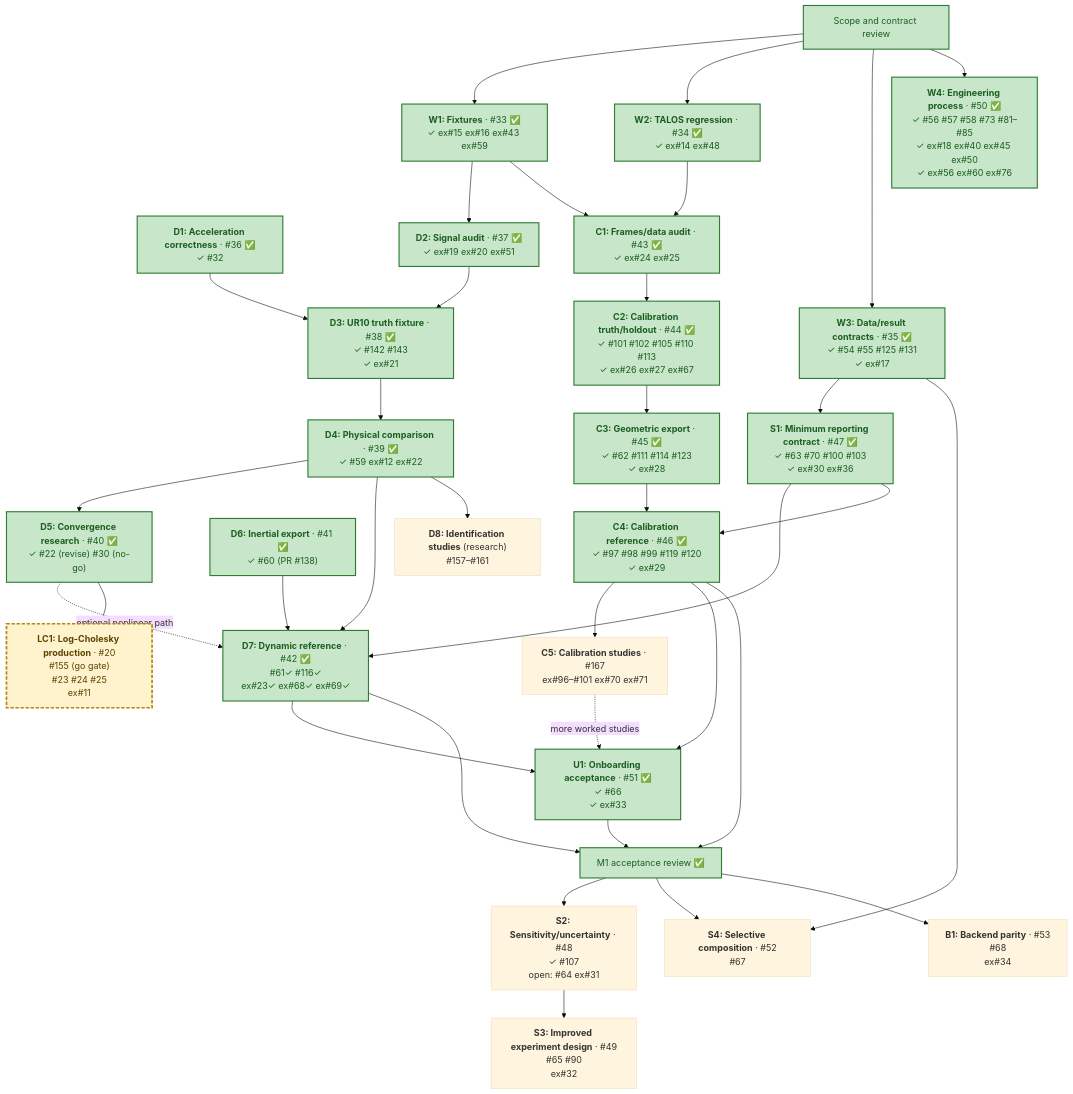
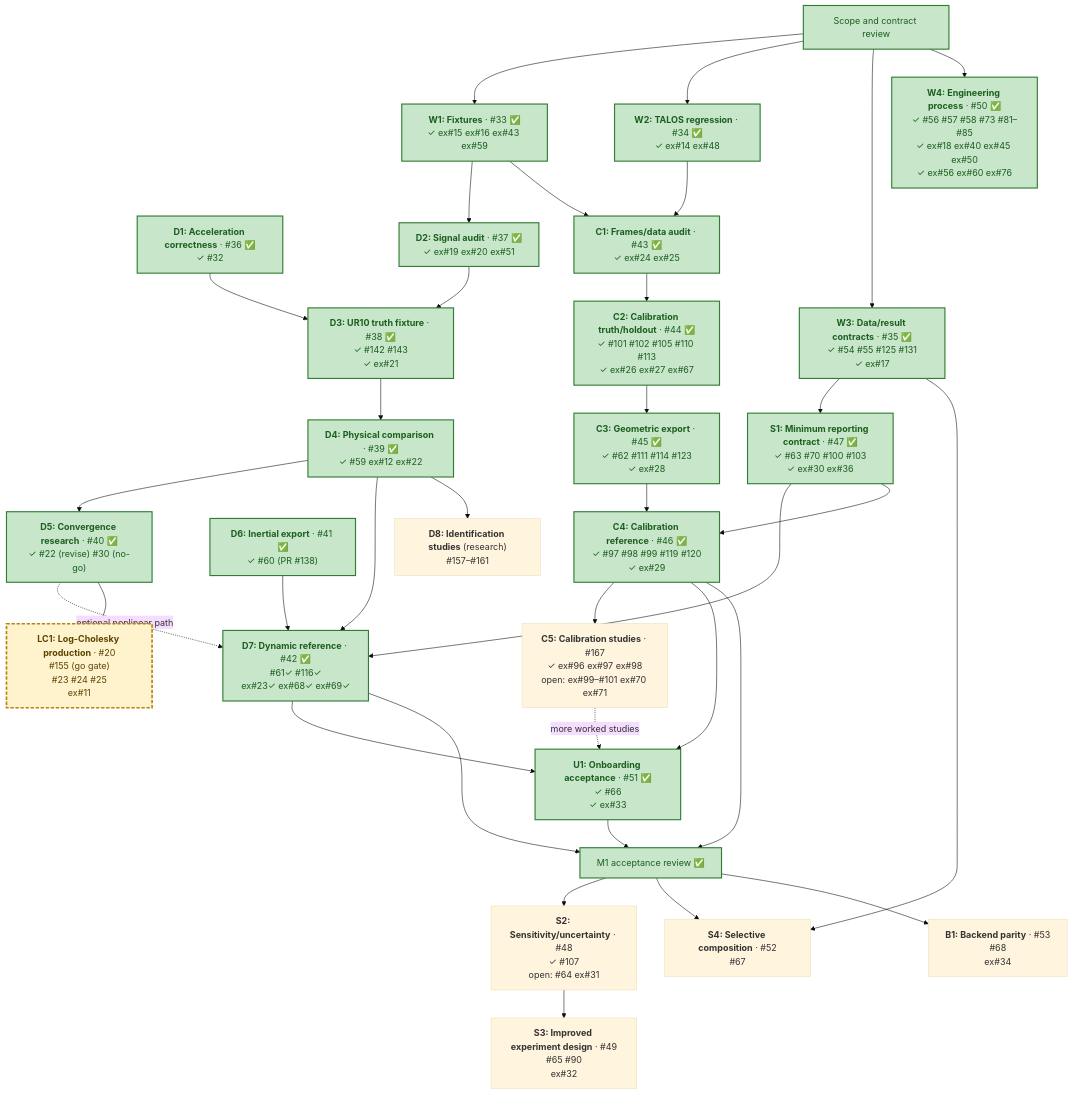
Before and after one commit to thanhndv212/figaroh-plus: the diagram in docs/plans/identification-calibration-delivery.md, drawn with Mermaid (base theme). The commit also changed other lines of this file and 1 other file, not shown here.

Commit message:
docs(plans): record C5 Phase 0 and two Phase 1 studies done (#167)

````diff
--- a/docs/plans/identification-calibration-delivery.md
+++ b/docs/plans/identification-calibration-delivery.md
@@ -77,70 +77,70 @@
 ```mermaid
 flowchart TD
     R["Scope and contract review"]
     W1["<b>W1: Fixtures</b> · #33 ✅<br/>✓ ex#15 ex#16 ex#43 ex#59"]
     W2["<b>W2: TALOS regression</b> · #34 ✅<br/>✓ ex#14 ex#48"]
     W3["<b>W3: Data/result contracts</b> · #35 ✅<br/>✓ #54 #55 #125 #131<br/>✓ ex#17"]
     W4["<b>W4: Engineering process</b> · #50 ✅<br/>✓ #56 #57 #58 #73 #81–#85<br/>✓ ex#18 ex#40 ex#45 ex#50<br/>✓ ex#56 ex#60 ex#76"]
     D1["<b>D1: Acceleration correctness</b> · #36 ✅<br/>✓ #32"]
     D2["<b>D2: Signal audit</b> · #37 ✅<br/>✓ ex#19 ex#20 ex#51"]
     D3["<b>D3: UR10 truth fixture</b> · #38 ✅<br/>✓ #142 #143<br/>✓ ex#21"]
     D4["<b>D4: Physical comparison</b> · #39 ✅<br/>✓ #59 ex#12 ex#22"]
     D5["<b>D5: Convergence research</b> · #40 ✅<br/>✓ #22 (revise) #30 (no-go)"]
     D6["<b>D6: Inertial export</b> · #41 ✅<br/>✓ #60 (PR #138)"]
     D7["<b>D7: Dynamic reference</b> · #42 ✅<br/>#61✓ #116✓<br/>ex#23✓ ex#68✓ ex#69✓"]
     C1["<b>C1: Frames/data audit</b> · #43 ✅<br/>✓ ex#24 ex#25"]
     C2["<b>C2: Calibration truth/holdout</b> · #44 ✅<br/>✓ #101 #102 #105 #110 #113<br/>✓ ex#26 ex#27 ex#67"]
     C3["<b>C3: Geometric export</b> · #45 ✅<br/>✓ #62 #111 #114 #123<br/>✓ ex#28"]
     C4["<b>C4: Calibration reference</b> · #46 ✅<br/>✓ #97 #98 #99 #119 #120<br/>✓ ex#29"]
-    C5["<b>C5: Calibration studies</b> · #167<br/>ex#96–#101 ex#70 ex#71"]
+    C5["<b>C5: Calibration studies</b> · #167<br/>✓ ex#96 ex#97 ex#98<br/>open: ex#99–#101 ex#70 ex#71"]
     D8["<b>D8: Identification studies</b> (research)<br/>#157–#161"]
     S1["<b>S1: Minimum reporting contract</b> · #47 ✅<br/>✓ #63 #70 #100 #103<br/>✓ ex#30 ex#36"]
     U1["<b>U1: Onboarding acceptance</b> · #51 ✅<br/>✓ #66<br/>✓ ex#33"]
     A["M1 acceptance review ✅"]
     S2["<b>S2: Sensitivity/uncertainty</b> · #48<br/>✓ #107<br/>open: #64 ex#31"]
     S3["<b>S3: Improved experiment design</b> · #49<br/>#65 #90<br/>ex#32"]
     S4["<b>S4: Selective composition</b> · #52<br/>#67"]
     B1["<b>B1: Backend parity</b> · #53<br/>#68<br/>ex#34"]
     LC1["<b>LC1: Log-Cholesky production</b> · #20<br/>#155 (go gate)<br/>#23 #24 #25<br/>ex#11"]
 
     R --> W1
     R --> W2
     R --> W3
     R --> W4
     W1 --> D2
     D1 --> D3
     D2 --> D3
     D3 --> D4
     D4 --> D5
     D6 --> D7
     D4 --> D7
     D5 -. optional nonlinear path .-> D7
     D5 --> LC1
     W1 --> C1
     W2 --> C1
     C1 --> C2
     C2 --> C3
     C3 --> C4
     C4 --> C5
     D4 --> D8
     C5 -. more worked studies .-> U1
     W3 --> S1
     S1 --> D7
     S1 --> C4
     D7 --> U1
     C4 --> U1
     D7 --> A
     C4 --> A
     U1 --> A
     A --> S2
     S2 --> S3
     A --> S4
     W3 --> S4
     A --> B1
 
     classDef cleared fill:#c8e6c9,stroke:#2e7d32,stroke-width:2px,color:#1b5e20
     classDef ready fill:#fff3cd,stroke:#b8860b,color:#5c4400
     class R,W1,W2,W3,W4,D1,D2,C1,C2,C3,S1,D6,C4,D3,D4,D5,D7,U1,A cleared
     class LC1 active
     classDef active fill:#fff3cd,stroke:#b8860b,stroke-width:3px,stroke-dasharray:6 3,color:#5c4400
 ```
````
